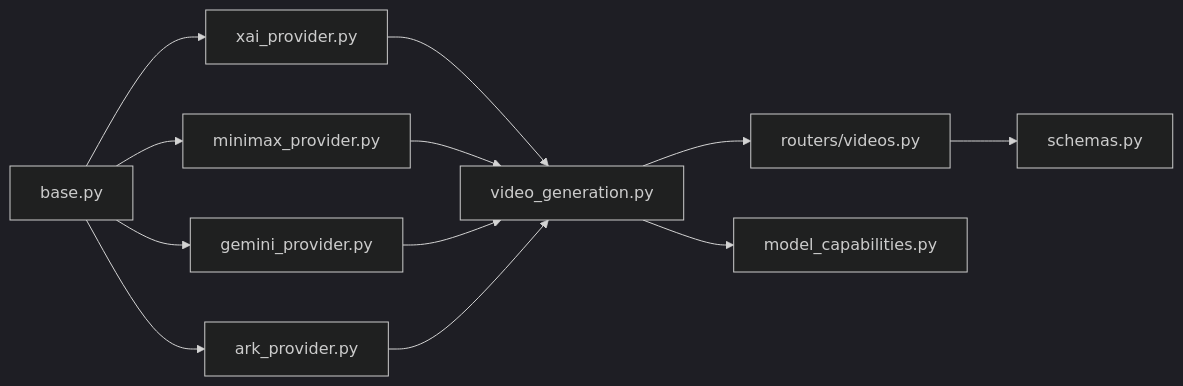
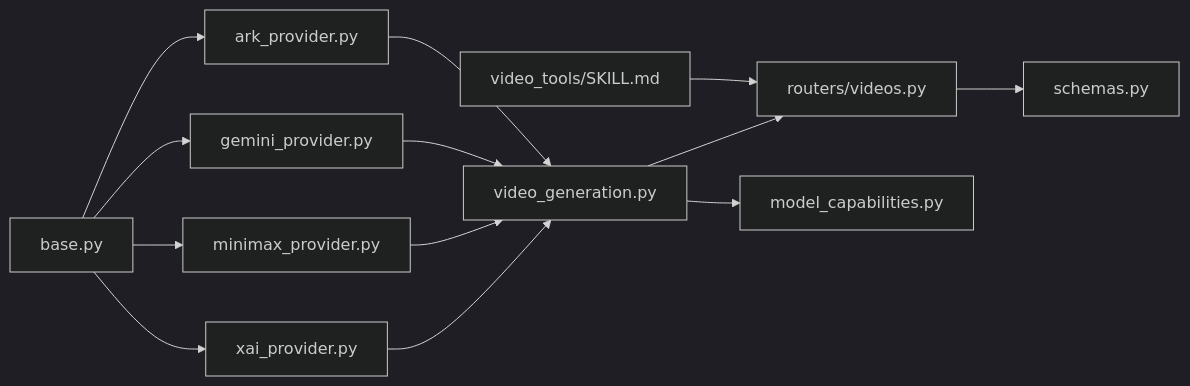
The eighth of 8 diagrams in .qoder/repowiki/zh/content/AI服务集成/视频生成服务.md (KunLabAI/KunFlix), drawn with Mermaid (dark theme) before and after one commit. The commit also changed other lines of this file and 12 other files, not shown here.

````diff
--- a/.qoder/repowiki/zh/content/AI服务集成/视频生成服务.md
+++ b/.qoder/repowiki/zh/content/AI服务集成/视频生成服务.md
@@ -329,14 +449,15 @@
 ```mermaid
 graph LR
 Base["base.py"] --> XAI["xai_provider.py"]
 Base --> MM["minimax_provider.py"]
 Base --> GMI["gemini_provider.py"]
 Base --> ARK["ark_provider.py"]
 XAI --> VG["video_generation.py"]
 MM --> VG
 GMI --> VG
 ARK --> VG
 VG --> RT["routers/videos.py"]
 RT --> SCH["schemas.py"]
 VG --> CAP["model_capabilities.py"]
+SK["video_tools/SKILL.md"] --> RT
 ```
````
